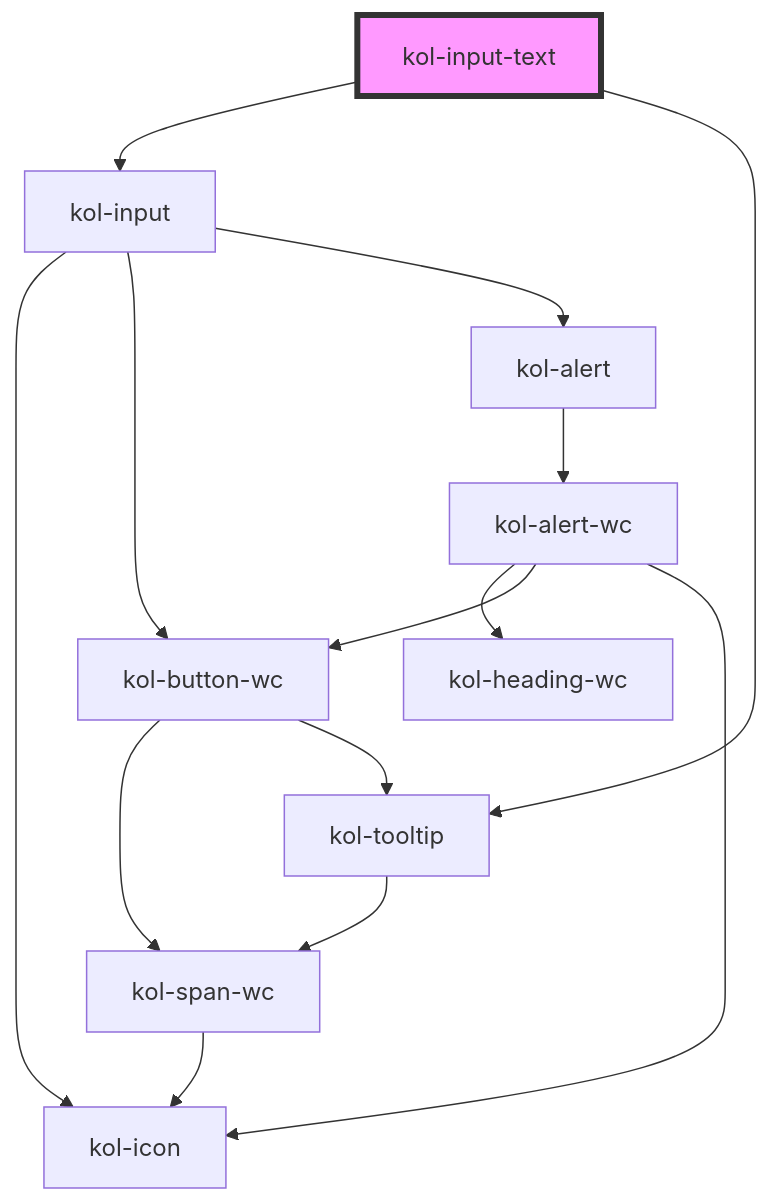
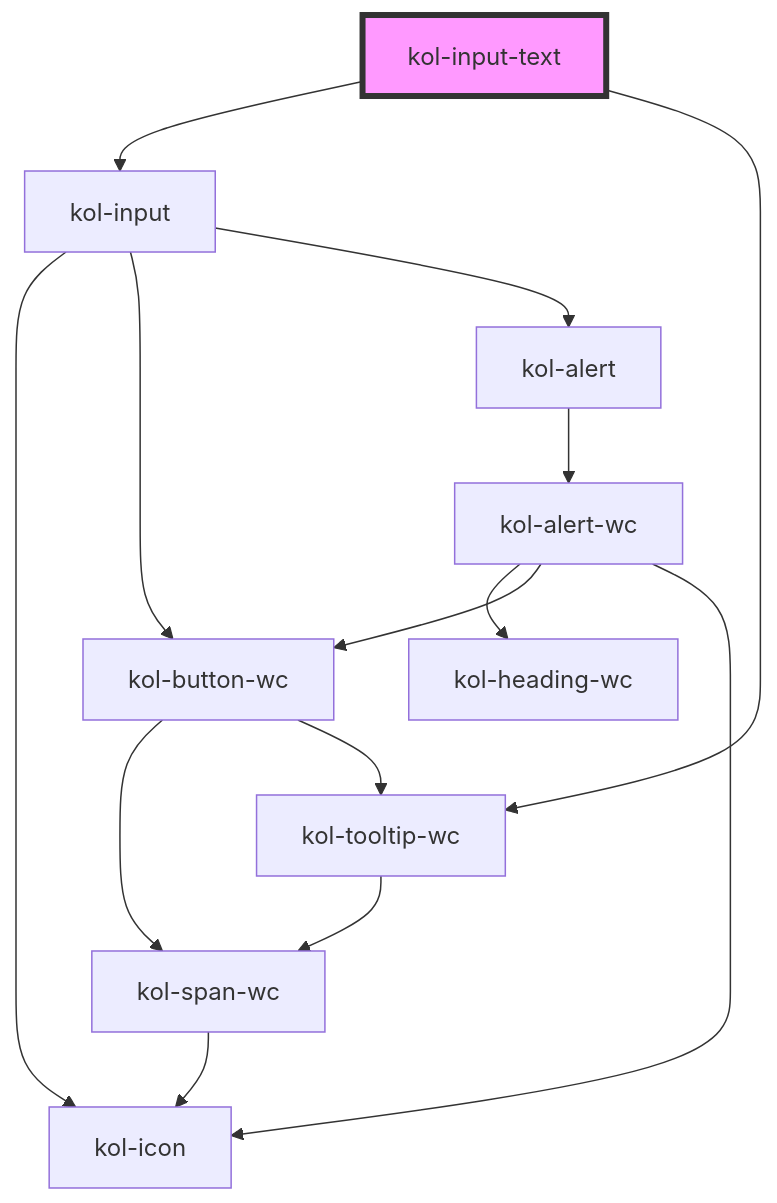
The diagram in packages/components/src/components/input-text/readme.md (public-ui/kolibri), drawn with Mermaid before and after one commit. The commit also changed other lines of this file and 99 other files, not shown here.

````diff
--- a/packages/components/src/components/input-text/readme.md
+++ b/packages/components/src/components/input-text/readme.md
@@ -104,17 +104,17 @@
 ```mermaid
 graph TD;
   kol-input-text --> kol-input
-  kol-input-text --> kol-tooltip
+  kol-input-text --> kol-tooltip-wc
   kol-input --> kol-icon
   kol-input --> kol-button-wc
   kol-input --> kol-alert
   kol-button-wc --> kol-span-wc
-  kol-button-wc --> kol-tooltip
+  kol-button-wc --> kol-tooltip-wc
   kol-span-wc --> kol-icon
-  kol-tooltip --> kol-span-wc
+  kol-tooltip-wc --> kol-span-wc
   kol-alert --> kol-alert-wc
   kol-alert-wc --> kol-heading-wc
   kol-alert-wc --> kol-button-wc
   kol-alert-wc --> kol-icon
   style kol-input-text fill:#f9f,stroke:#333,stroke-width:4px
 ```
````
